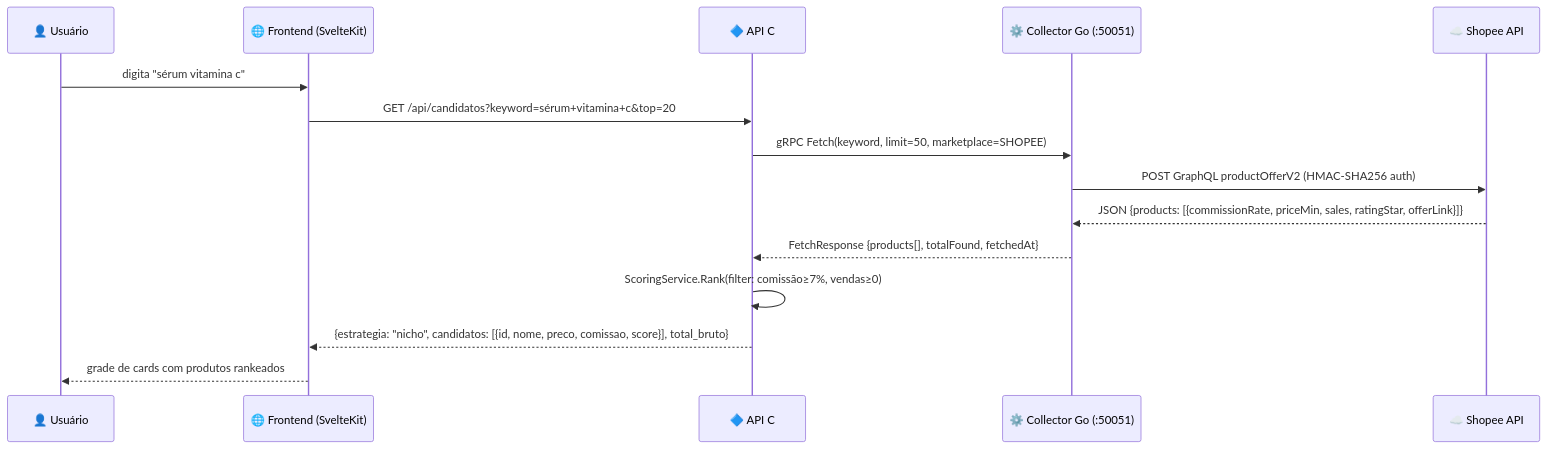
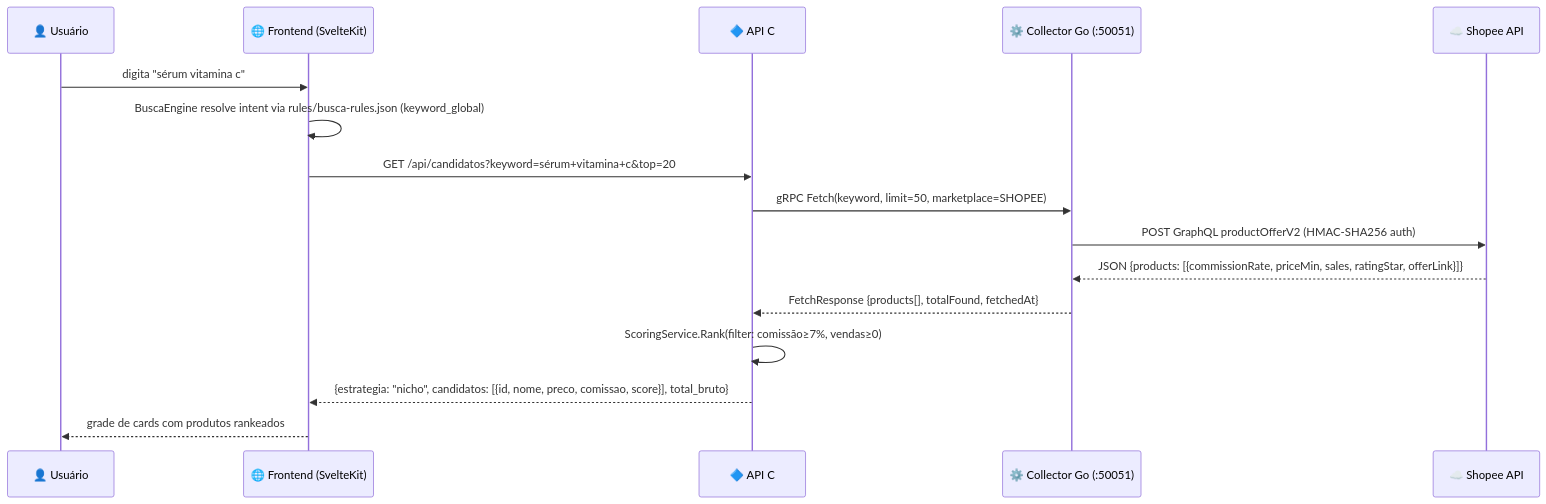
One commit to fmarquesfilho/garimpo changed the first of 12 diagrams in docs/08-fluxos-sequencia.md. Above: the diagram before and after it, drawn with Mermaid. The commit also changed 9 other files, not shown here.

First line of the commit message:
feat: regras de busca como JSON externo + E2E validando contra rules

````diff
--- a/docs/08-fluxos-sequencia.md
+++ b/docs/08-fluxos-sequencia.md
@@ -19,18 +19,19 @@
 ```mermaid
 sequenceDiagram
     participant U as 👤 Usuário
     participant F as 🌐 Frontend (SvelteKit)
     participant A as 🔷 API C# (:8080)
     participant C as ⚙️ Collector Go (:50051)
     participant S as ☁️ Shopee API
 
     U->>F: digita "sérum vitamina c"
+    F->>F: BuscaEngine resolve intent via rules/busca-rules.json (keyword_global)
     F->>A: GET /api/candidatos?keyword=sérum+vitamina+c&top=20
     A->>C: gRPC Fetch(keyword, limit=50, marketplace=SHOPEE)
     C->>S: POST GraphQL productOfferV2 (HMAC-SHA256 auth)
     S-->>C: JSON {products: [{commissionRate, priceMin, sales, ratingStar, offerLink}]}
     C-->>A: FetchResponse {products[], totalFound, fetchedAt}
     A->>A: ScoringService.Rank(filter: comissão≥7%, vendas≥0)
     A-->>F: {estrategia: "nicho", candidatos: [{id, nome, preco, comissao, score}], total_bruto}
     F-->>U: grade de cards com produtos rankeados
 ```
````
